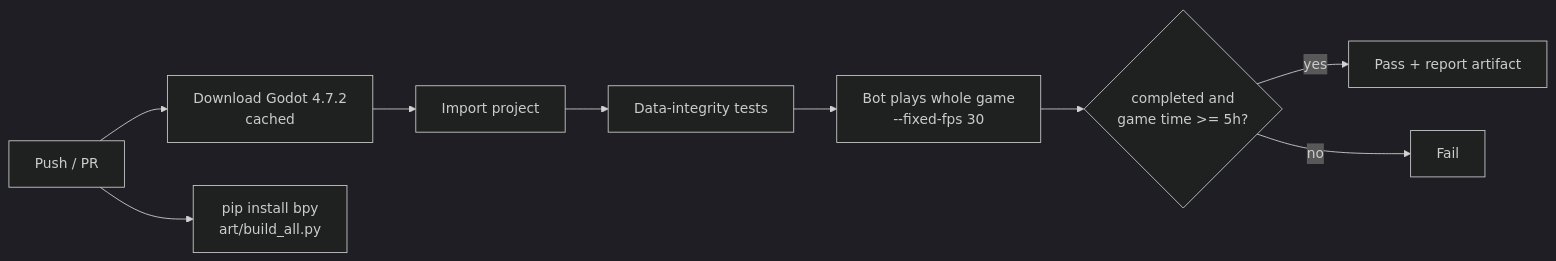
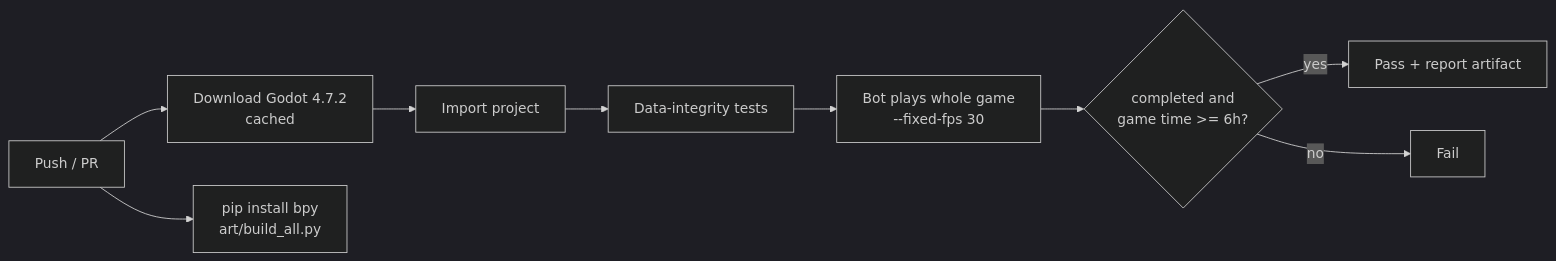
Before and after one commit to jgyy/timegox: the eighth of 8 diagrams in README.md, drawn with Mermaid (dark theme). The commit also changed other lines of this file and 193 other files, not shown here.

Commit message:
Natural landscapes, architecture, Blender monsters for every shape, clearer image, Part VI (+1 hour) (#6)

````diff
--- a/README.md
+++ b/README.md
@@ -349,11 +447,11 @@
 ```mermaid
 flowchart LR
     PR[Push / PR] --> DL[Download Godot 4.7.2<br/>cached]
     DL --> IMP[Import project]
     IMP --> T[Data-integrity tests]
     T --> B[Bot plays whole game<br/>--fixed-fps 30]
-    B --> G{completed and<br/>game time >= 5h?}
+    B --> G{completed and<br/>game time >= 6h?}
     PR --> ART[pip install bpy<br/>art/build_all.py]
     G -- yes --> OK[Pass + report artifact]
     G -- no --> FAIL[Fail]
 ```
````
